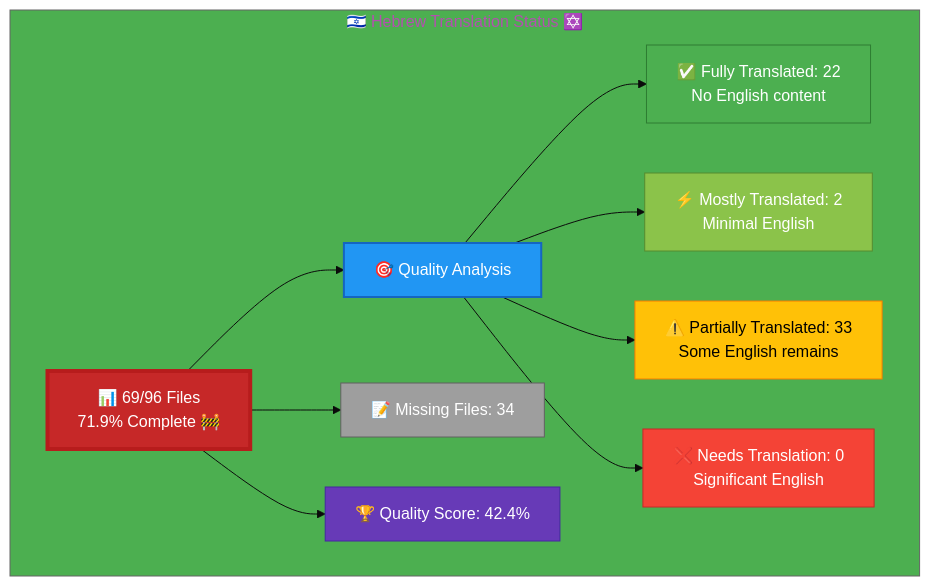
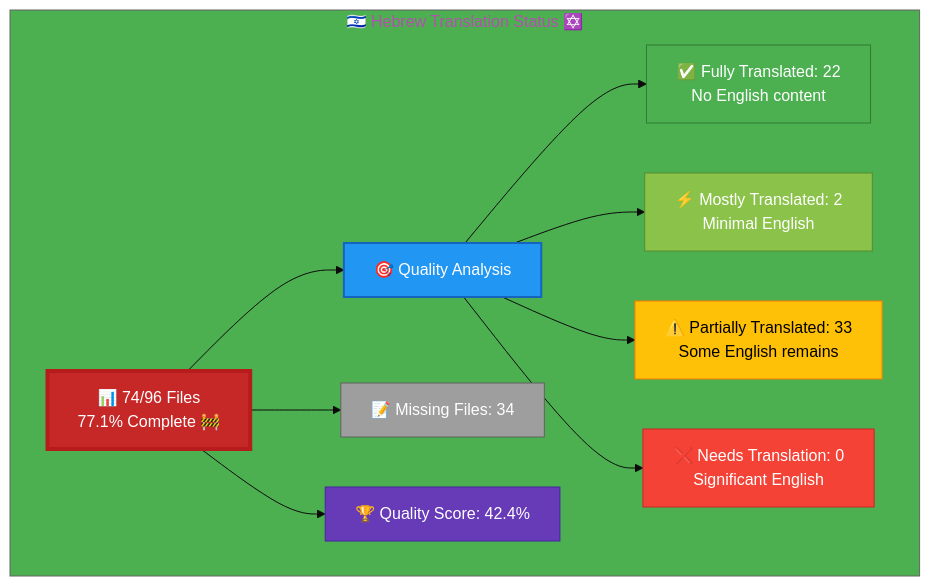
One commit to Hack23/homepage changed the diagram in Hebrew-Translation-Status.md. Above: the diagram before and after it, drawn with Mermaid. The commit also changed other lines of this file, not shown here.

````diff
--- a/Hebrew-Translation-Status.md
+++ b/Hebrew-Translation-Status.md
@@ -13,26 +13,26 @@
 ```mermaid
 %%{init: {'theme':'base', 'themeVariables': {'primaryColor':'#C62828','secondaryColor':'#2196F3','tertiaryColor':'#4CAF50','fontSize':'16px'}}}%%
 graph TB
     subgraph "🇮🇱 Hebrew Translation Status ✡️"
-        A["📊 69/96 Files<br/>71.9% Complete 🚧"]
+        A["📊 74/96 Files<br/>77.1% Complete 🚧"]
         
         A --> B["🎯 Quality Analysis"]
         B --> C["✅ Fully Translated: 22<br/>No English content"]
         B --> D["⚡ Mostly Translated: 2<br/>Minimal English"]
         B --> E["⚠️  Partially Translated: 33<br/>Some English remains"]
         B --> F["❌ Needs Translation: 0<br/>Significant English"]
         
         A --> G["📝 Missing Files: 34"]
         
         A --> H["🏆 Quality Score: 42.4%"]
         
         style A fill:#C62828,stroke:#B71C1C,color:#fff,stroke-width:4px
         style B fill:#2196F3,stroke:#1565C0,color:#fff,stroke-width:2px
         style C fill:#4CAF50,stroke:#2E7D32,color:#fff
         style D fill:#8BC34A,stroke:#558B2F,color:#fff
         style E fill:#FFC107,stroke:#F57C00,color:#000
         style F fill:#F44336,stroke:#C62828,color:#fff
         style G fill:#9E9E9E,stroke:#616161,color:#fff
         style H fill:#673AB7,stroke:#4527A0,color:#fff
     end
 ```
````
